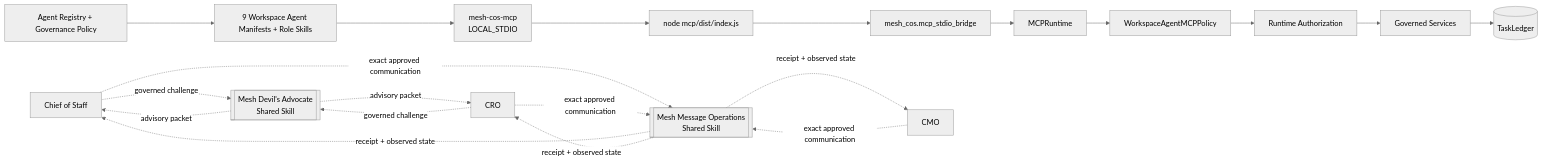
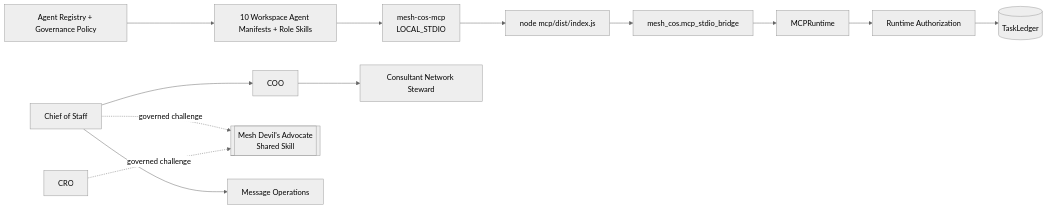
The diagram in AGENTS.md (mkleinbe/mesh-ai-agent-cos-universe), drawn with Mermaid (neutral theme) before and after one commit. The commit also changed other lines of this file, not shown here.

Commit message:
docs: align agent operating instructions to v4 authority model

````diff
--- a/AGENTS.md
+++ b/AGENTS.md
@@ -29,24 +32,16 @@
 ```mermaid
 flowchart LR
-    R[Agent Registry + Governance Policy] --> WA[9 Workspace Agent Manifests + Role Skills]
+    R[Agent Registry + Governance Policy] --> WA[10 Workspace Agent Manifests + Role Skills]
     WA --> MCP[mesh-cos-mcp\nLOCAL_STDIO]
     MCP --> NODE[node mcp/dist/index.js]
     NODE --> BRIDGE[mesh_cos.mcp_stdio_bridge]
     BRIDGE --> RT[MCPRuntime]
-    RT --> MP[WorkspaceAgentMCPPolicy]
-    MP --> AUTH[Runtime Authorization]
-    AUTH --> GOV[Governed Services]
-    GOV --> L[(TaskLedger)]
+    RT --> AUTH[Runtime Authorization]
+    AUTH --> L[(TaskLedger)]
 
-    COS[Chief of Staff] -. governed challenge .-> DA[[Mesh Devil's Advocate\nShared Skill]]
+    COS[Chief of Staff] --> COO[COO]
+    COO --> CNS[Consultant Network Steward]
+    COS -. governed challenge .-> DA[[Mesh Devil's Advocate\nShared Skill]]
     CRO[CRO] -. governed challenge .-> DA
-    DA -. advisory packet .-> COS
-    DA -. advisory packet .-> CRO
-
-    COS -. exact approved communication .-> MSG[[Mesh Message Operations\nShared Skill]]
-    CRO -. exact approved communication .-> MSG
-    CMO[CMO] -. exact approved communication .-> MSG
-    MSG -. receipt + observed state .-> COS
-    MSG -. receipt + observed state .-> CRO
-    MSG -. receipt + observed state .-> CMO
+    COS --> MSG[Message Operations]
 ```
````
